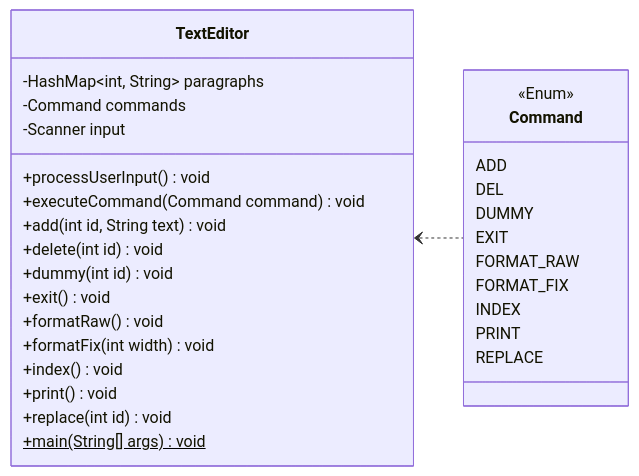
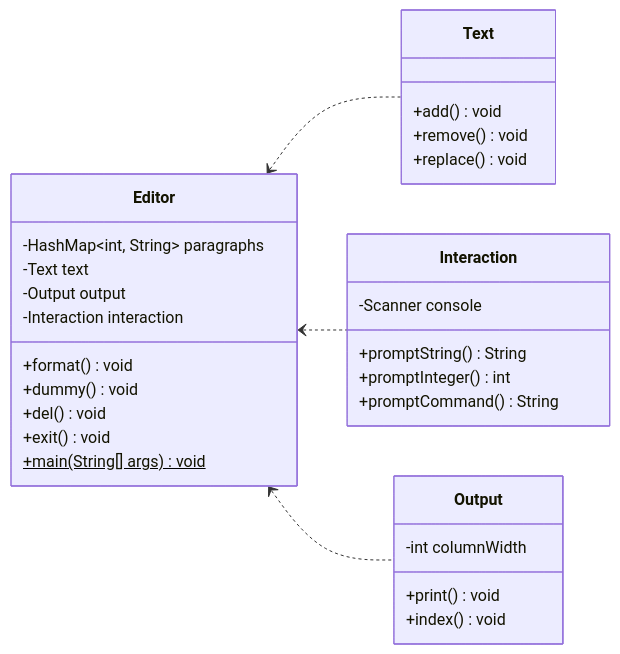
Before and after one commit to an-Iceberg/ZHAW: the diagram in HS_2022/software_projekt/25_okt_2022/class_diagram.md, drawn with Mermaid. The commit also changed 1 other file, not shown here.

```diff
--- a/HS_2022/software_projekt/25_okt_2022/class_diagram.md
+++ b/HS_2022/software_projekt/25_okt_2022/class_diagram.md
@@ -3,40 +3,43 @@
 :::mermaid
 classDiagram
 direction LR
 
-class TextEditor {
+class Editor {
   -HashMap~int, String~ paragraphs
-  -Command commands
-  -Scanner input
+  -Text text
+  -Output output
+  -Interaction interaction
 
-  +processUserInput() void
-  +executeCommand(Command command) void
-
-  +add(int id, String text) void
-  +delete(int id) void
-  +dummy(int id) void
+  +format() void
+  +dummy() void
+  +del() void
   +exit() void
-  +formatRaw() void
-  +formatFix(int width) void
-  +index() void
-  +print() void
-  +replace(int id) void
 
   +main(String[] args)$ void
 }
 
-class Command {
-  <<Enum>>
-  ADD
-  DEL
-  DUMMY
-  EXIT
-  FORMAT_RAW
-  FORMAT_FIX
-  INDEX
-  PRINT
-  REPLACE
+class Text {
+  +add() void
+  +remove() void
+  +replace() void
 }
 
-TextEditor <.. Command
+class Interaction {
+  -Scanner console
+
+  +promptString() String
+  +promptInteger() int
+  +promptCommand() String
+}
+
+class Output {
+  -int columnWidth
+
+  +print() void
+  +index() void
+}
+
+Editor <.. Text
+Editor <.. Interaction
+Editor <.. Output
 :::
```
